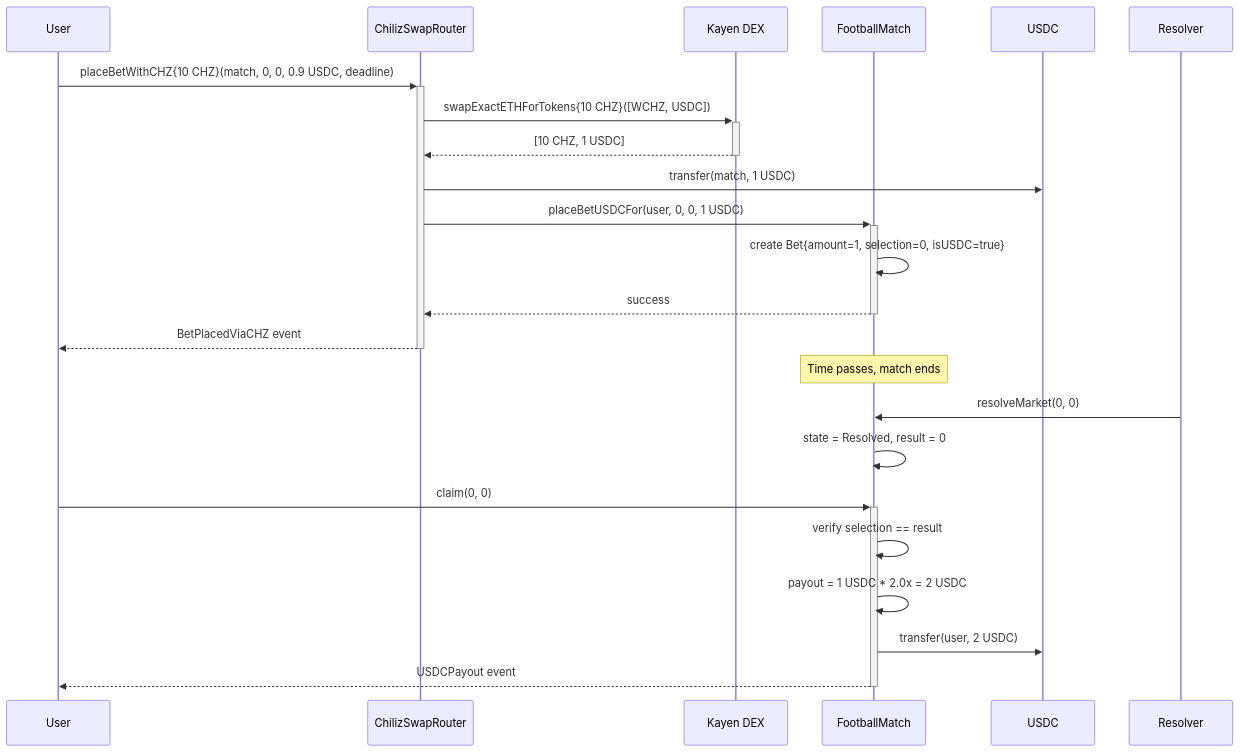
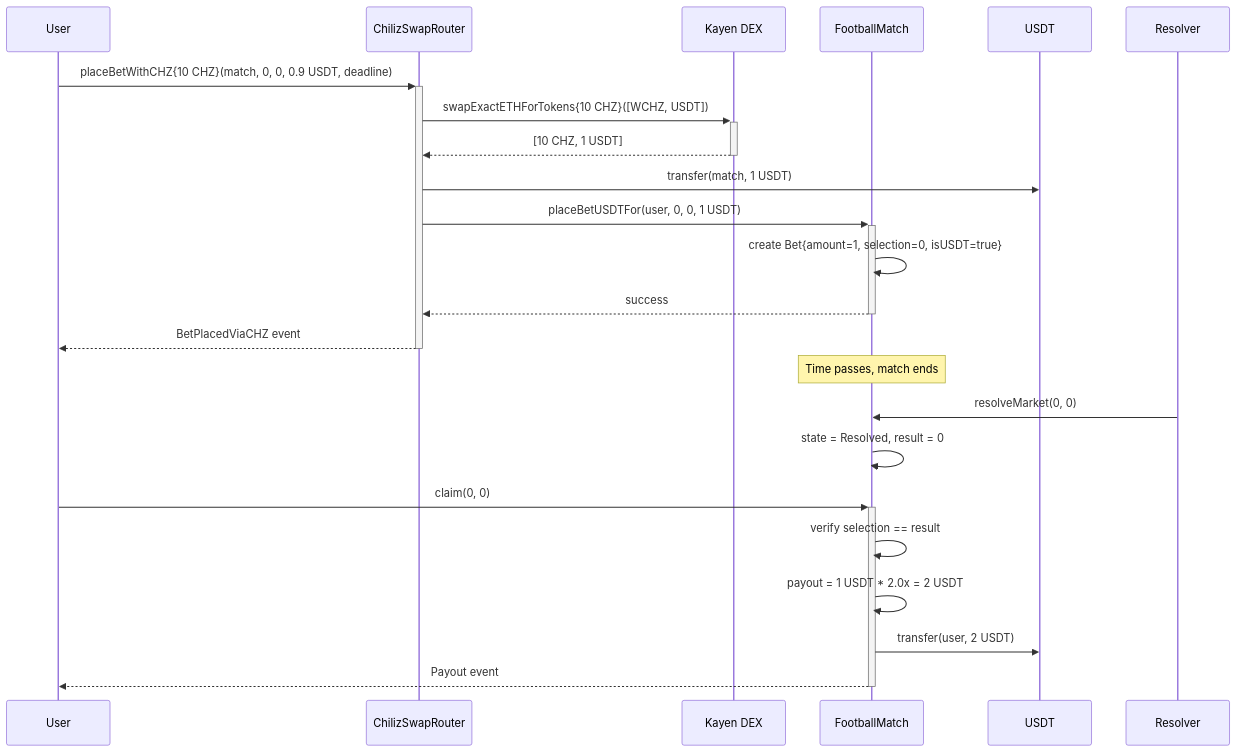
One commit to ChilizTV/smart-contracts changed the second of 3 diagrams in chiliz-tv/AUDIT_REPORT.md. Above: the diagram before and after it, drawn with Mermaid. The commit also changed other lines of this file and 37 other files, not shown here.

````diff
--- a/chiliz-tv/AUDIT_REPORT.md
+++ b/chiliz-tv/AUDIT_REPORT.md
@@ -174,28 +177,28 @@
 ```mermaid
 sequenceDiagram
     participant User
     participant SwapRouter as ChilizSwapRouter
     participant Kayen as Kayen DEX
     participant Match as FootballMatch
-    participant USDC
+    participant USDT
     
-    User->>+SwapRouter: placeBetWithCHZ{10 CHZ}(match, 0, 0, 0.9 USDC, deadline)
-    SwapRouter->>+Kayen: swapExactETHForTokens{10 CHZ}([WCHZ, USDC])
-    Kayen-->>-SwapRouter: [10 CHZ, 1 USDC]
-    SwapRouter->>USDC: transfer(match, 1 USDC)
-    SwapRouter->>+Match: placeBetUSDCFor(user, 0, 0, 1 USDC)
-    Match->>Match: create Bet{amount=1, selection=0, isUSDC=true}
+    User->>+SwapRouter: placeBetWithCHZ{10 CHZ}(match, 0, 0, 0.9 USDT, deadline)
+    SwapRouter->>+Kayen: swapExactETHForTokens{10 CHZ}([WCHZ, USDT])
+    Kayen-->>-SwapRouter: [10 CHZ, 1 USDT]
+    SwapRouter->>USDT: transfer(match, 1 USDT)
+    SwapRouter->>+Match: placeBetUSDTFor(user, 0, 0, 1 USDT)
+    Match->>Match: create Bet{amount=1, selection=0, isUSDT=true}
     Match-->>-SwapRouter: success
     SwapRouter-->>-User: BetPlacedViaCHZ event
     
     Note over Match: Time passes, match ends
     
     Resolver->>Match: resolveMarket(0, 0)
     Match->>Match: state = Resolved, result = 0
     
     User->>+Match: claim(0, 0)
     Match->>Match: verify selection == result
-    Match->>Match: payout = 1 USDC * 2.0x = 2 USDC
-    Match->>USDC: transfer(user, 2 USDC)
-    Match-->>-User: USDCPayout event
+    Match->>Match: payout = 1 USDT * 2.0x = 2 USDT
+    Match->>USDT: transfer(user, 2 USDT)
+    Match-->>-User: Payout event
 ```
````
